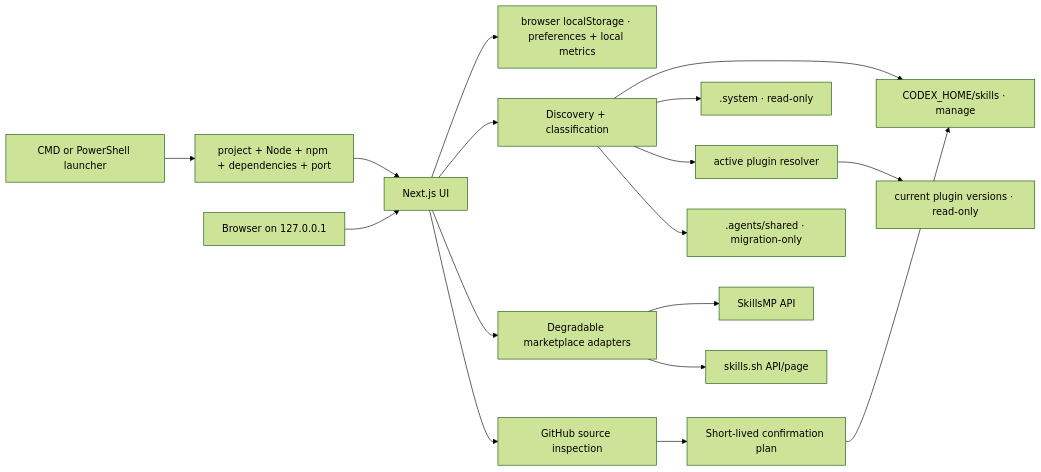
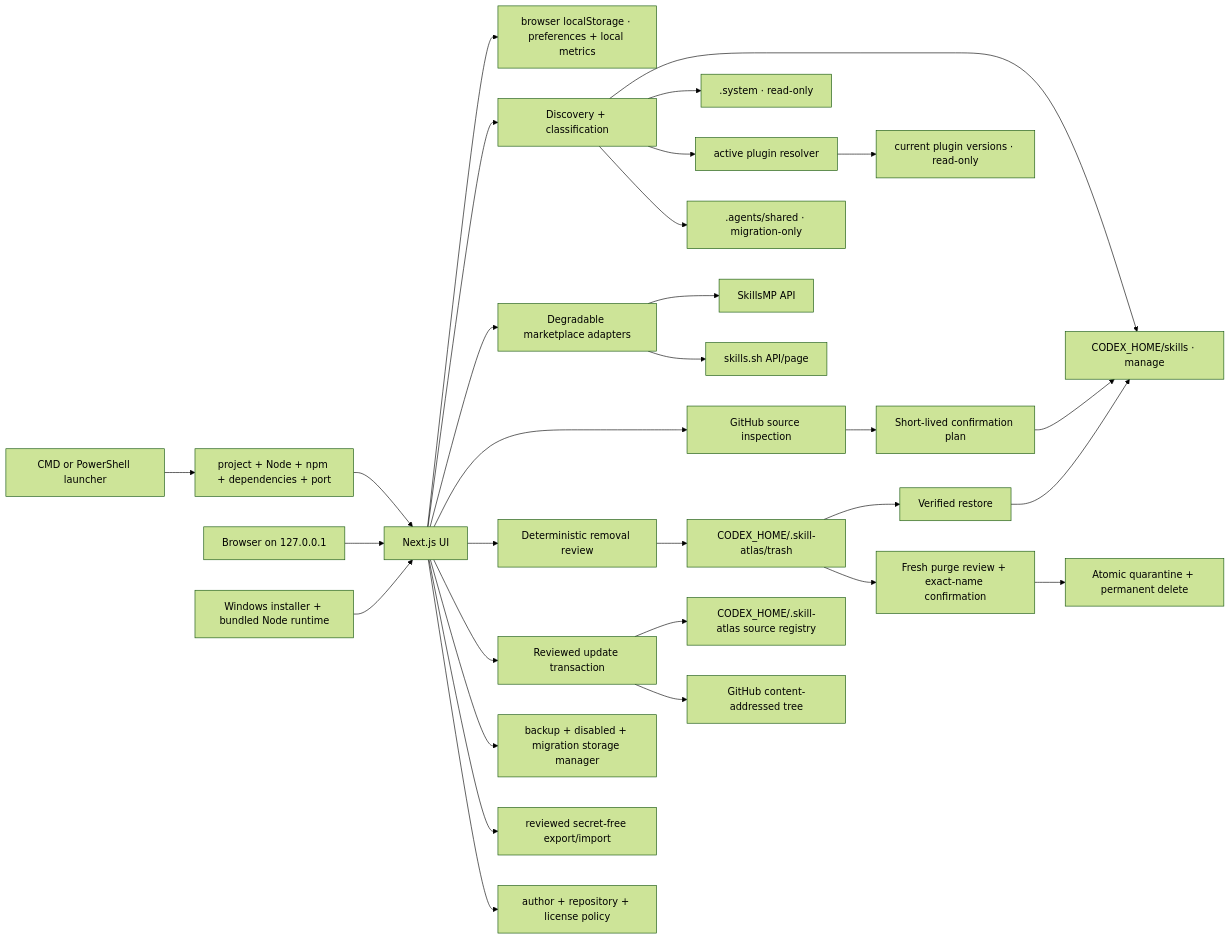
Before and after one commit to NaCr05/skill-atlas: the diagram in docs/architecture.md, drawn with Mermaid (forest theme). The commit also changed other lines of this file and 206 other files, not shown here.

Commit message:
Expand Skill Atlas lifecycle management

````diff
--- a/docs/architecture.md
+++ b/docs/architecture.md
@@ -7,19 +7,32 @@
 ```mermaid
 flowchart LR
   Launcher["CMD or PowerShell launcher"] --> Preflight["project + Node + npm + dependencies + port"]
   Preflight --> UI
   Browser["Browser on 127.0.0.1"] --> UI["Next.js UI"]
   UI --> LocalState["browser localStorage · preferences + local metrics"]
   UI --> Scan["Discovery + classification"]
   Scan --> Personal["CODEX_HOME/skills · manage"]
   Scan --> System[".system · read-only"]
   Scan --> PluginResolver["active plugin resolver"]
   PluginResolver --> Plugins["current plugin versions · read-only"]
   Scan --> Compat[".agents/shared · migration-only"]
   UI --> Market["Degradable marketplace adapters"]
   Market --> SkillsMP["SkillsMP API"]
   Market --> SkillsSh["skills.sh API/page"]
   UI --> Inspect["GitHub source inspection"]
   Inspect --> Confirm["Short-lived confirmation plan"]
   Confirm --> Personal
+  UI --> RemovalReview["Deterministic removal review"]
+  RemovalReview --> Trash["CODEX_HOME/.skill-atlas/trash"]
+  Trash --> Restore["Verified restore"]
+  Restore --> Personal
+  Trash --> PurgeReview["Fresh purge review + exact-name confirmation"]
+  PurgeReview --> Purge["Atomic quarantine + permanent delete"]
+  UI --> UpdatePreview["Reviewed update transaction"]
+  UpdatePreview --> Registry["CODEX_HOME/.skill-atlas source registry"]
+  UpdatePreview --> GitHubTree["GitHub content-addressed tree"]
+  UI --> Storage["backup + disabled + migration storage manager"]
+  UI --> Portability["reviewed secret-free export/import"]
+  UI --> SourcePolicy["author + repository + license policy"]
+  Installer["Windows installer + bundled Node runtime"] --> UI
 ```
````
